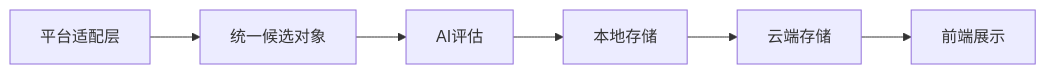
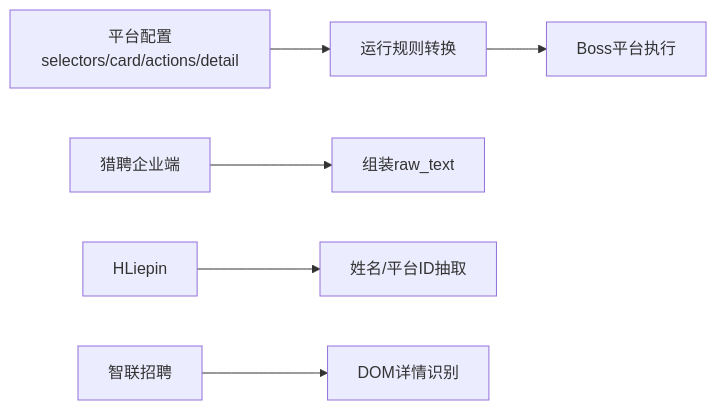
The ninth of 10 diagrams in .qoder/repowiki/zh/content/本地执行器/AI集成/简历解析处理.md (alvinwangzi/goodhr), drawn with Mermaid before and after one commit. The commit also changed other lines of this file and 149 other files, not shown here.

````diff
--- a/.qoder/repowiki/zh/content/本地执行器/AI集成/简历解析处理.md
+++ b/.qoder/repowiki/zh/content/本地执行器/AI集成/简历解析处理.md
@@ -338,8 +349,8 @@
 ```mermaid
-graph LR
-Platform["平台适配层"] --> Unified["统一候选对象"]
-Unified --> AI["AI评估"]
-AI --> LocalDB["本地存储"]
-LocalDB --> Cloud["云端存储"]
-Cloud --> Frontend["前端展示"]
+flowchart LR
+Config["平台配置selectors/card/actions/detail"] --> Rules["运行规则转换"]
+Rules --> Boss["Boss平台执行"]
+Liepin["猎聘企业端"] --> RawText["组装raw_text"]
+Hliepin["HLiepin"] --> NameExtract["姓名/平台ID抽取"]
+Zhaopin["智联招聘"] --> DOMOnly["DOM详情识别"]
 ```
````
